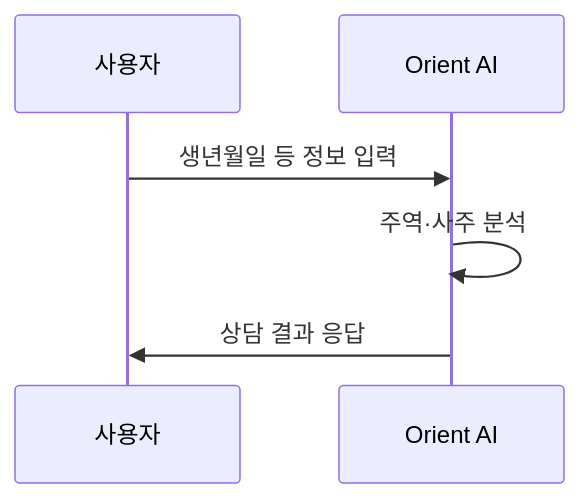
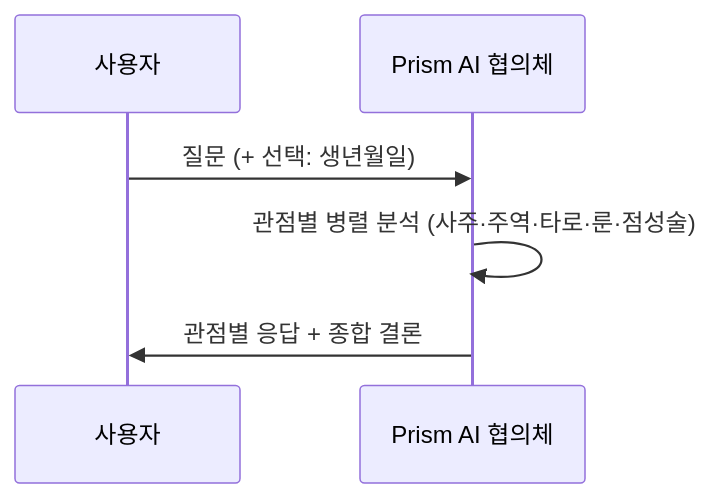
Before and after one commit to Divination-Hub/.github: the second of 2 diagrams in profile/README.md, drawn with Mermaid. The commit also changed other lines of this file, not shown here.

First line of the commit message:
docs: Orient → Prism 리브랜딩 반영, 5관점 협의체 소개로 갱신 (#1)

````diff
--- a/profile/README.md
+++ b/profile/README.md
@@ -24,8 +29,8 @@
 ```mermaid
 sequenceDiagram
     participant U as 사용자
-    participant A as Orient AI
-    U->>A: 생년월일 등 정보 입력
-    A->>A: 주역·사주 분석
-    A->>U: 상담 결과 응답
+    participant P as Prism AI 협의체
+    U->>P: 질문 (+ 선택: 생년월일)
+    P->>P: 관점별 병렬 분석 (사주·주역·타로·룬·점성술)
+    P->>U: 관점별 응답 + 종합 결론
 ```
````
